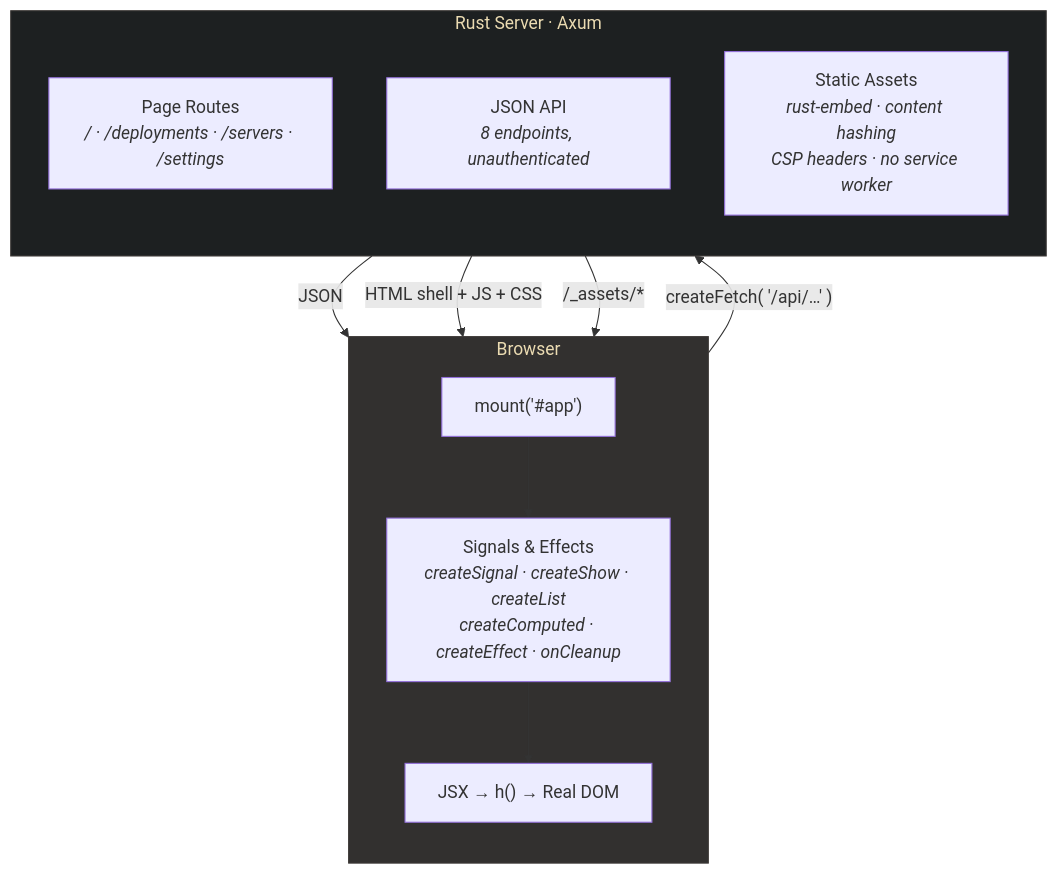
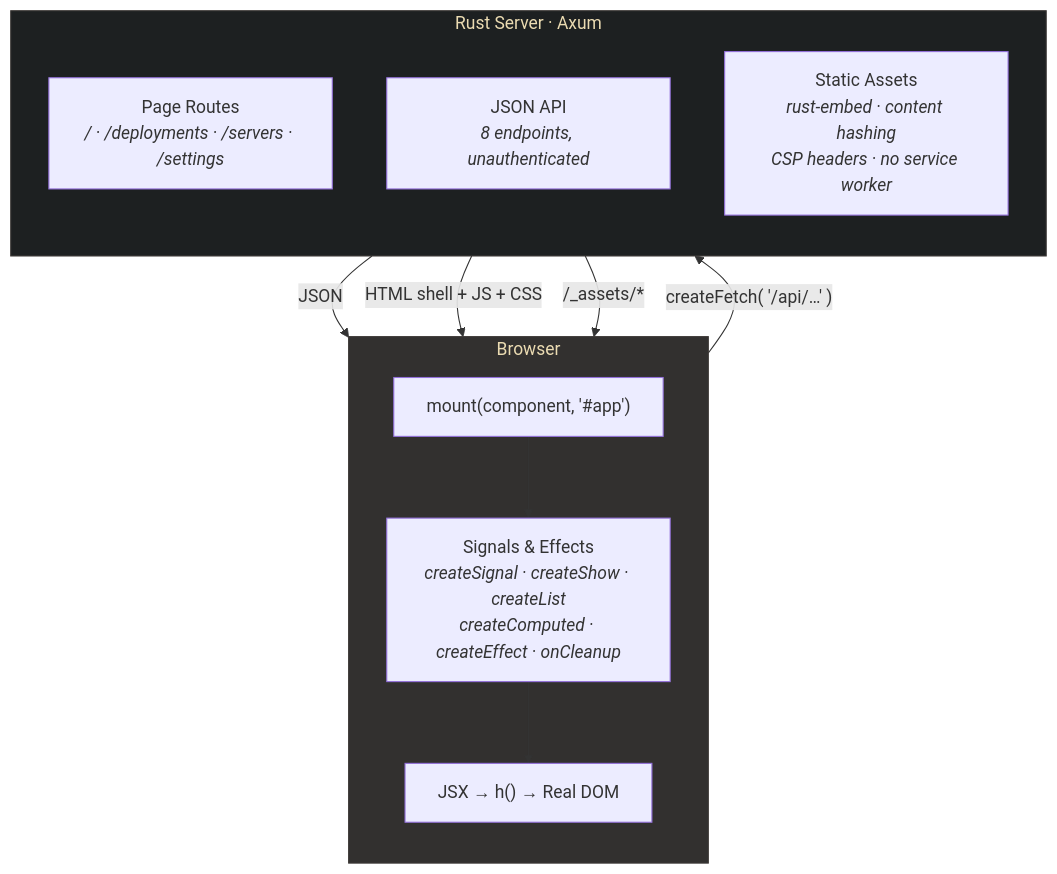
The diagram in packages/create-app/templates/dashboard/README.md (getforma-dev/forma), drawn with Mermaid before and after one commit. The commit also changed other lines of this file and 58 other files, not shown here.

````diff
--- a/packages/create-app/templates/dashboard/README.md
+++ b/packages/create-app/templates/dashboard/README.md
@@ -126,25 +126,25 @@
 ```mermaid
 flowchart TB
   subgraph client["Browser"]
     direction TB
-    mount["mount('#app')"]
+    mount["mount(component, '#app')"]
     signals["Signals & Effects<br/><i>createSignal · createShow · createList<br/>createComputed · createEffect · onCleanup</i>"]
     jsx["JSX → h() → Real DOM"]
     mount --> signals --> jsx
   end
 
   subgraph server["Rust Server · Axum"]
     direction TB
     pages["Page Routes<br/><i>/ · /deployments · /servers · /settings</i>"]
     api["JSON API<br/><i>8 endpoints, unauthenticated</i>"]
     assets["Static Assets<br/><i>rust-embed · content hashing<br/>CSP headers · no service worker</i>"]
   end
 
   client -- "createFetch( '/api/…' )" --> api
   api -- "JSON" --> client
   pages -- "HTML shell + JS + CSS" --> client
   assets -- "/_assets/*" --> client
 
   style client fill:#32302f,stroke:#3c3836,color:#ebdbb2
   style server fill:#1d2021,stroke:#3c3836,color:#ebdbb2
 ```
````
